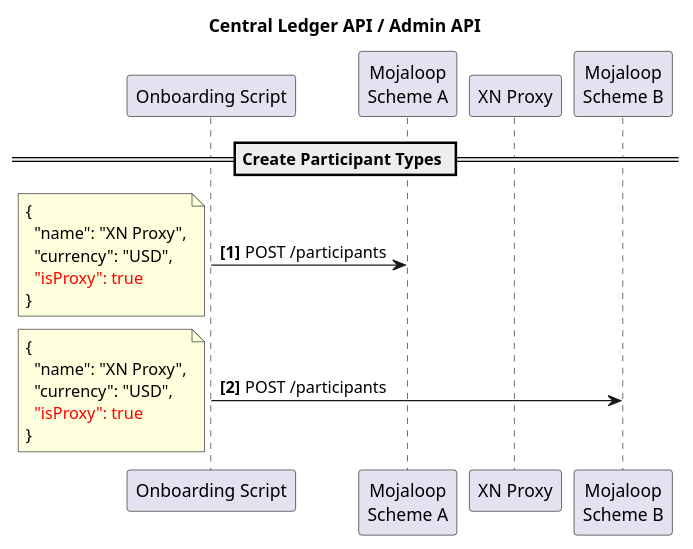
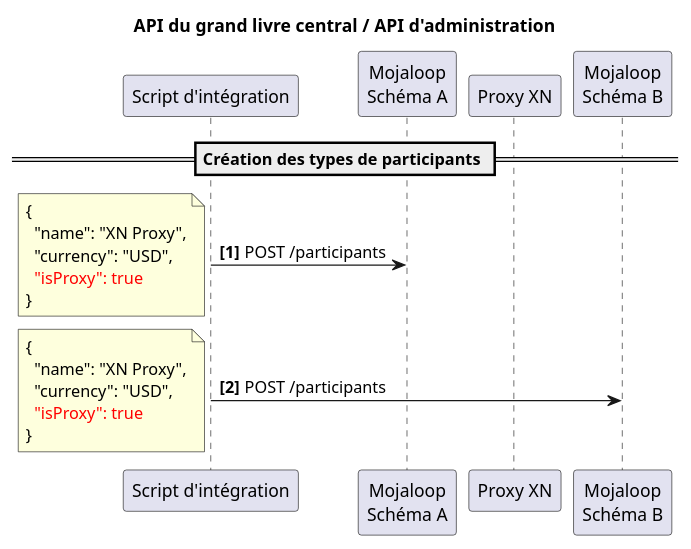
One commit to mojaloop/documentation changed the diagram in docs/fr/product/features/Interscheme/SettingUpProxys.plantuml. Above: the diagram before and after it, drawn with PlantUML. The commit also changed 55 other files, not shown here.

Commit message:
feat: update French translations for Currency Conversion documentation and diagrams

```diff
--- a/docs/fr/product/features/Interscheme/SettingUpProxys.plantuml
+++ b/docs/fr/product/features/Interscheme/SettingUpProxys.plantuml
@@ -1,31 +1,31 @@
 @startuml SettingUpProxys
-title Central Ledger API / Admin API
+title API du grand livre central / API d'administration
 
-participant "Onboarding Script" as script
-participant "Mojaloop\nScheme A" as schemeA
-participant "XN Proxy" as xnp
-participant "Mojaloop\nScheme B" as schemeB
+participant "Script d'intégration" as script
+participant "Mojaloop\nSchéma A" as schemeA
+participant "Proxy XN" as xnp
+participant "Mojaloop\nSchéma B" as schemeB
 
 autonumber 1 "<b>[0]"
 
-== Create Participant Types ==
+== Création des types de participants ==
 
 script -> schemeA: POST /participants
 note left
 {
   "name": "XN Proxy",
   "currency": "USD",
   <color:#ff0000>"isProxy": true
 }
 end note
 
 script -> schemeB: POST /participants
 note left
 {
   "name": "XN Proxy",
   "currency": "USD",
   <color:#ff0000>"isProxy": true
 }
 end note
 
 @enduml
```
